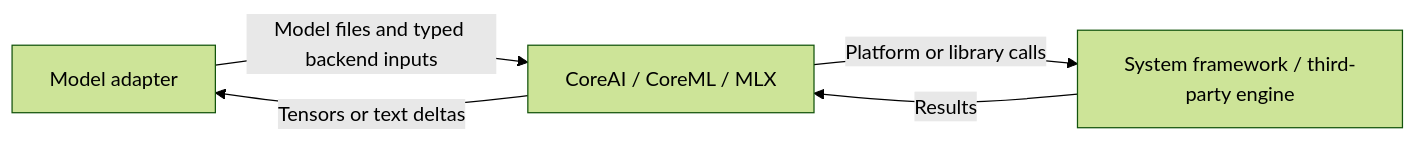
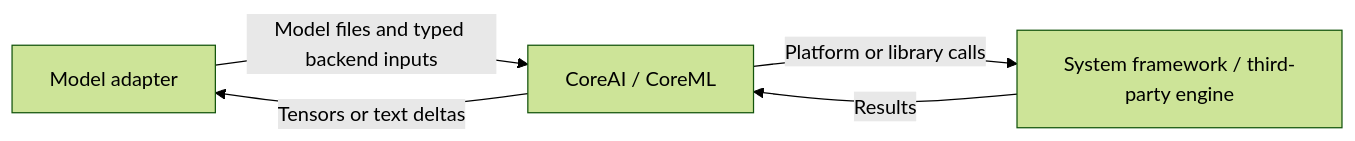
Before and after one commit to devilyouwei/MobileHarness: the diagram in MobileHarness/ModelKit/Backends/README.md, drawn with Mermaid (forest theme). The commit also changed other lines of this file and 75 other files, not shown here.

Commit message:
Replace Qwen MLX chat with Gemma 4 CoreAI

````diff
--- a/MobileHarness/ModelKit/Backends/README.md
+++ b/MobileHarness/ModelKit/Backends/README.md
@@ -13,7 +12,7 @@
 ```mermaid
 flowchart LR
-    Adapter[Model adapter] -->|Model files and typed backend inputs| Backend[CoreAI / CoreML / MLX]
+    Adapter[Model adapter] -->|Model files and typed backend inputs| Backend[CoreAI / CoreML]
     Backend -->|Platform or library calls| Engine[System framework / third-party engine]
     Engine -->|Results| Backend
     Backend -->|Tensors or text deltas| Adapter
 ```
````
